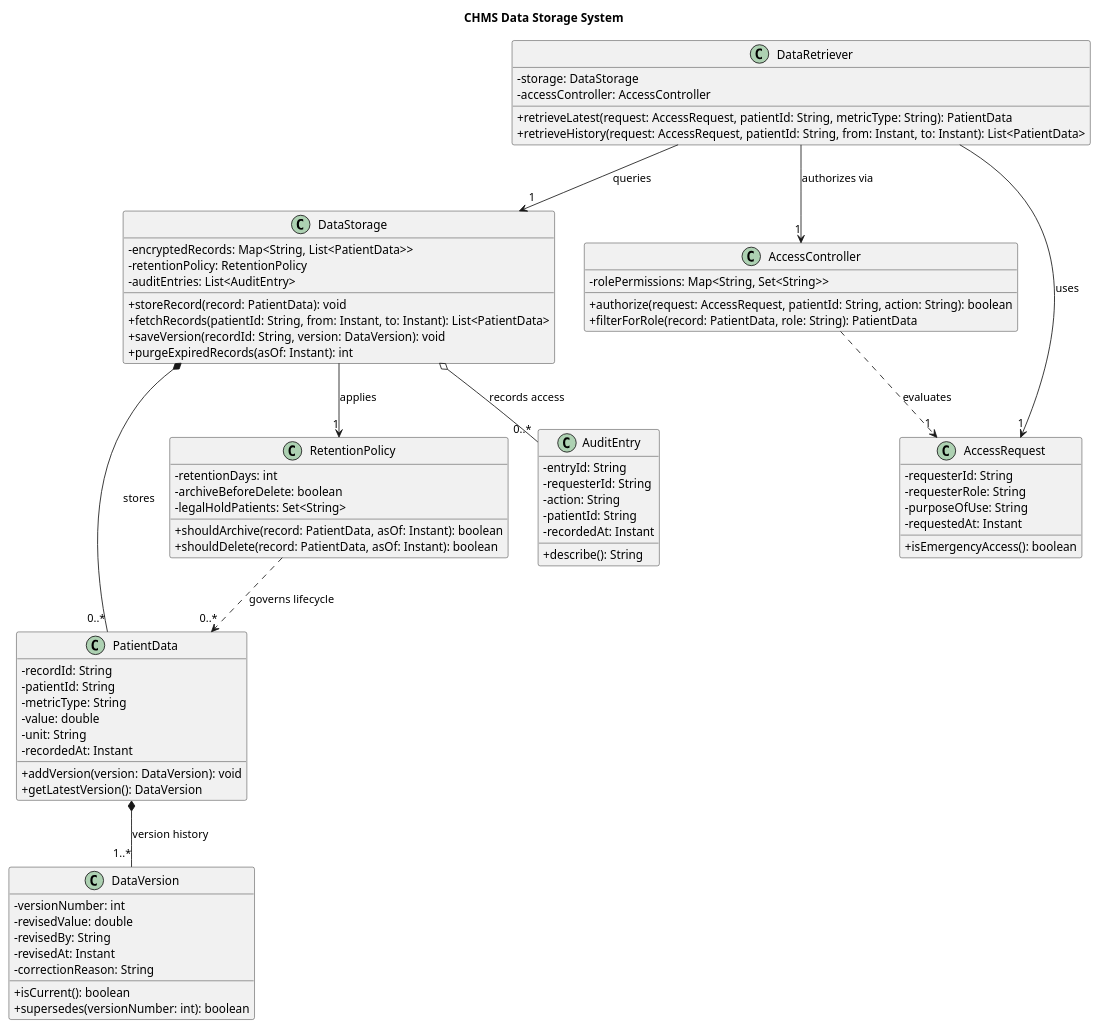
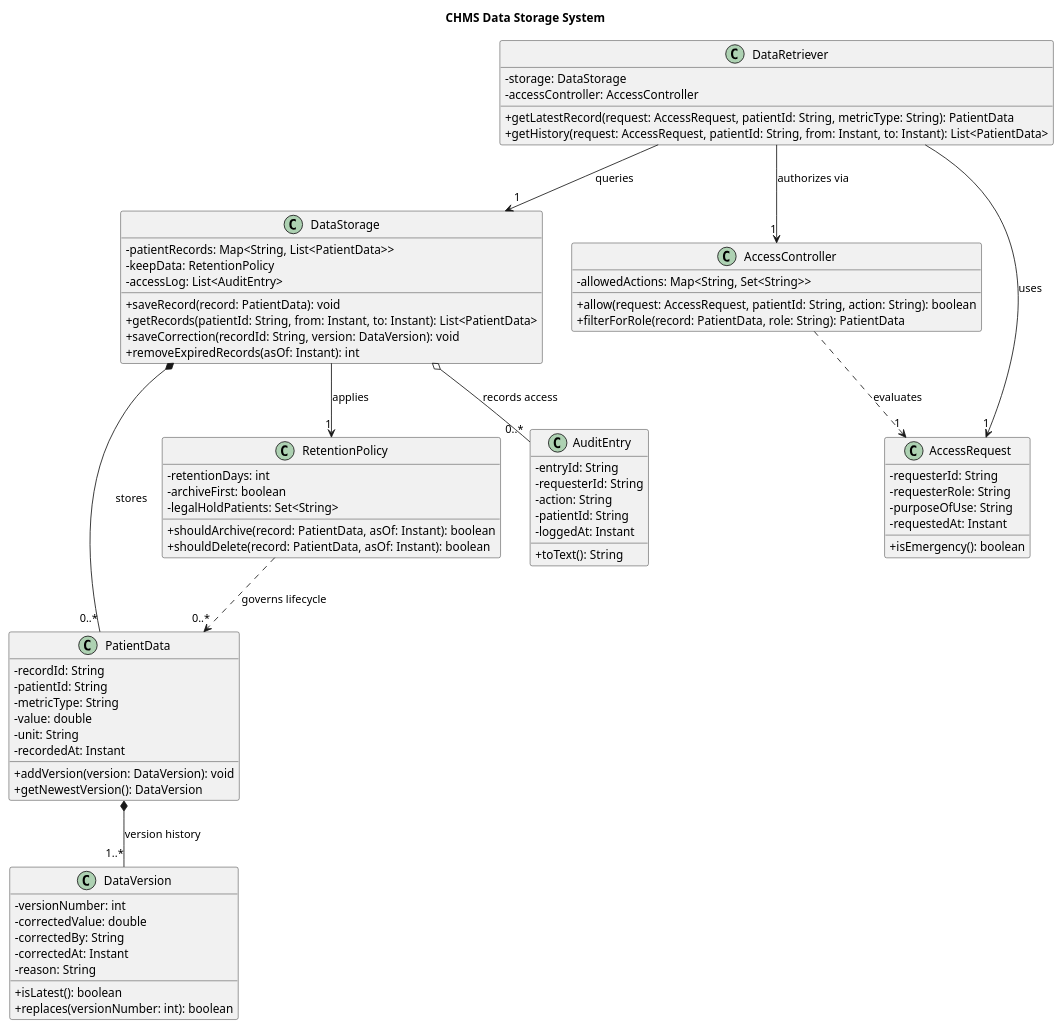
Before and after one commit to Matteo-RSV/Signal-Project-SE: the diagram in uml_models/data_storage_system.puml, drawn with PlantUML. The commit also changed 8 other files, not shown here.

Commit message:
Finalize UML models and documentation

```diff
--- a/uml_models/data_storage_system.puml
+++ b/uml_models/data_storage_system.puml
@@ -1,84 +1,84 @@
 @startuml
 skinparam classAttributeIconSize 0
 title CHMS Data Storage System
 
 class DataStorage {
-  - encryptedRecords: Map<String, List<PatientData>>
-  - retentionPolicy: RetentionPolicy
-  - auditEntries: List<AuditEntry>
-  + storeRecord(record: PatientData): void
-  + fetchRecords(patientId: String, from: Instant, to: Instant): List<PatientData>
-  + saveVersion(recordId: String, version: DataVersion): void
-  + purgeExpiredRecords(asOf: Instant): int
+  - patientRecords: Map<String, List<PatientData>>
+  - keepData: RetentionPolicy
+  - accessLog: List<AuditEntry>
+  + saveRecord(record: PatientData): void
+  + getRecords(patientId: String, from: Instant, to: Instant): List<PatientData>
+  + saveCorrection(recordId: String, version: DataVersion): void
+  + removeExpiredRecords(asOf: Instant): int
 }
 
 class PatientData {
   - recordId: String
   - patientId: String
   - metricType: String
   - value: double
   - unit: String
   - recordedAt: Instant
   + addVersion(version: DataVersion): void
-  + getLatestVersion(): DataVersion
+  + getNewestVersion(): DataVersion
 }
 
 class DataVersion {
   - versionNumber: int
-  - revisedValue: double
-  - revisedBy: String
-  - revisedAt: Instant
-  - correctionReason: String
-  + isCurrent(): boolean
-  + supersedes(versionNumber: int): boolean
+  - correctedValue: double
+  - correctedBy: String
+  - correctedAt: Instant
+  - reason: String
+  + isLatest(): boolean
+  + replaces(versionNumber: int): boolean
 }
 
 class DataRetriever {
   - storage: DataStorage
   - accessController: AccessController
-  + retrieveLatest(request: AccessRequest, patientId: String, metricType: String): PatientData
-  + retrieveHistory(request: AccessRequest, patientId: String, from: Instant, to: Instant): List<PatientData>
+  + getLatestRecord(request: AccessRequest, patientId: String, metricType: String): PatientData
+  + getHistory(request: AccessRequest, patientId: String, from: Instant, to: Instant): List<PatientData>
 }
 
 class AccessController {
-  - rolePermissions: Map<String, Set<String>>
-  + authorize(request: AccessRequest, patientId: String, action: String): boolean
+  - allowedActions: Map<String, Set<String>>
+  + allow(request: AccessRequest, patientId: String, action: String): boolean
   + filterForRole(record: PatientData, role: String): PatientData
 }
 
 class AccessRequest {
   - requesterId: String
   - requesterRole: String
   - purposeOfUse: String
   - requestedAt: Instant
-  + isEmergencyAccess(): boolean
+  + isEmergency(): boolean
 }
 
 class RetentionPolicy {
   - retentionDays: int
-  - archiveBeforeDelete: boolean
+  - archiveFirst: boolean
   - legalHoldPatients: Set<String>
   + shouldArchive(record: PatientData, asOf: Instant): boolean
   + shouldDelete(record: PatientData, asOf: Instant): boolean
 }
 
 class AuditEntry {
   - entryId: String
   - requesterId: String
   - action: String
   - patientId: String
-  - recordedAt: Instant
-  + describe(): String
+  - loggedAt: Instant
+  + toText(): String
 }
 
 DataStorage *-- "0..*" PatientData : stores
 PatientData *-- "1..*" DataVersion : version history
 DataRetriever --> "1" DataStorage : queries
 DataRetriever --> "1" AccessController : authorizes via
 DataRetriever --> "1" AccessRequest : uses
 DataStorage --> "1" RetentionPolicy : applies
 DataStorage o-- "0..*" AuditEntry : records access
 AccessController ..> "1" AccessRequest : evaluates
 RetentionPolicy ..> "0..*" PatientData : governs lifecycle
 
 @enduml
```
